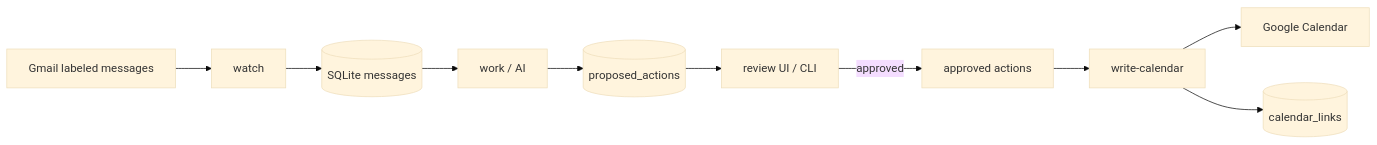
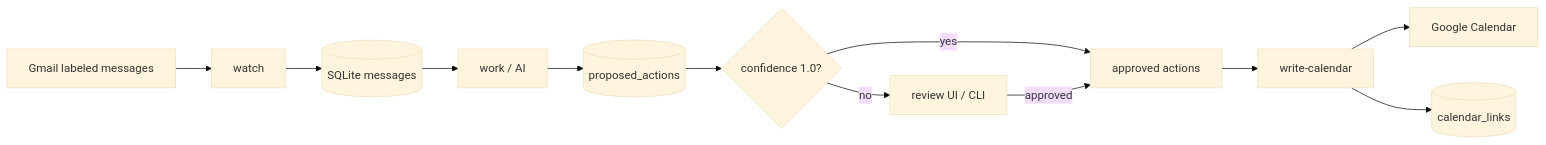
Before and after one commit to wsabol/family-assistant: the diagram in docs/architecture.md, drawn with Mermaid (base theme). The commit also changed other lines of this file and 6 other files, not shown here.

````diff
--- a/docs/architecture.md
+++ b/docs/architecture.md
@@ -7,12 +7,14 @@
 ```mermaid
 flowchart LR
   Gmail[Gmail labeled messages] --> Watch[watch]
   Watch --> Queue[(SQLite messages)]
   Queue --> Work[work / AI]
   Work --> Proposed[(proposed_actions)]
-  Proposed --> Review[review UI / CLI]
-  Review -->|approved| Approved[approved actions]
+  Proposed --> AutoApprove{confidence 1.0?}
+  AutoApprove -->|yes| Approved[approved actions]
+  AutoApprove -->|no| Review[review UI / CLI]
+  Review -->|approved| Approved
   Approved --> Write[write-calendar]
   Write --> Calendar[Google Calendar]
   Write --> Links[(calendar_links)]
 ```
````
